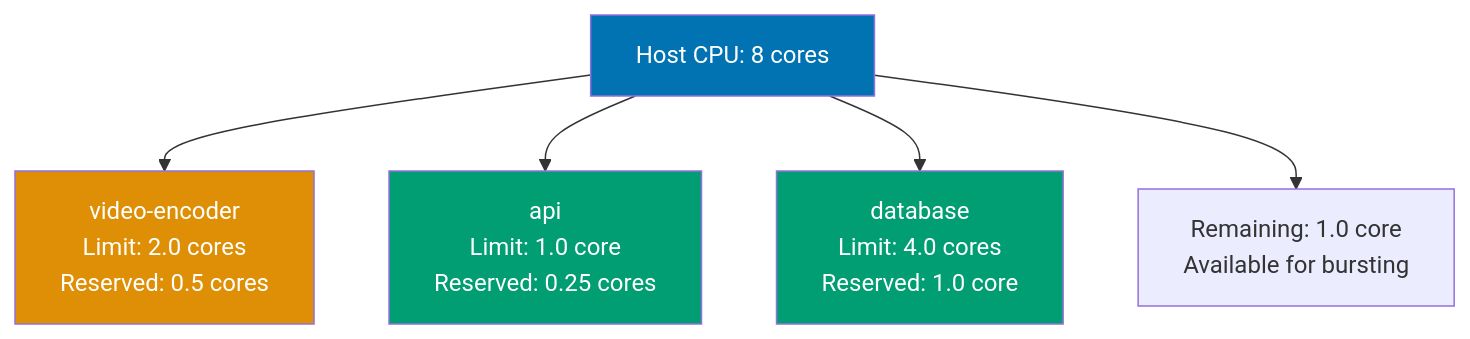
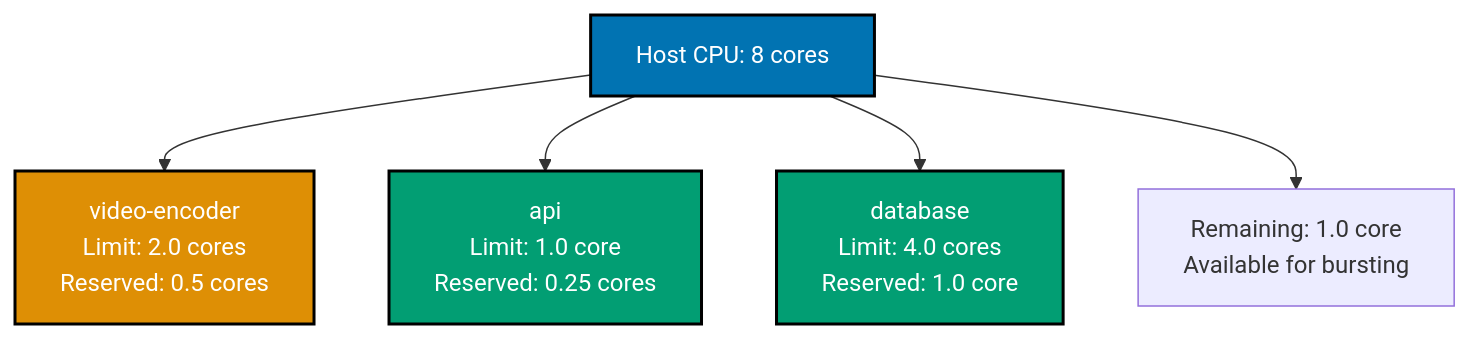
One commit to wahidyankf/open-sharia-enterprise changed the seventh of 11 diagrams in apps/ayokoding-web/content/en/learn/software-engineering/infrastructure/tools/docker/by-example/intermediate.md. Above: the diagram before and after it, drawn with Mermaid. The commit also changed other lines of this file and 25 other files, not shown here.

````diff
--- a/apps/ayokoding-web/content/en/learn/software-engineering/infrastructure/tools/docker/by-example/intermediate.md
+++ b/apps/ayokoding-web/content/en/learn/software-engineering/infrastructure/tools/docker/by-example/intermediate.md
@@ -1242,12 +1248,13 @@
 ```mermaid
+%% Color Palette: Blue #0173B2, Orange #DE8F05, Teal #029E73, Purple #CC78BC, Brown #CA9161
 graph TD
  A["Host CPU: 8 cores"] --> B["video-encoder<br/>Limit: 2.0 cores<br/>Reserved: 0.5 cores"]
  A --> C["api<br/>Limit: 1.0 core<br/>Reserved: 0.25 cores"]
  A --> D["database<br/>Limit: 4.0 cores<br/>Reserved: 1.0 core"]
  A --> E["Remaining: 1.0 core<br/>Available for bursting"]
 
- style A fill:#0173B2,color:#fff
- style B fill:#DE8F05,color:#fff
- style C fill:#029E73,color:#fff
- style D fill:#029E73,color:#fff
+ style A fill:#0173B2,stroke:#000000,stroke-width:2px,color:#fff
+ style B fill:#DE8F05,stroke:#000000,stroke-width:2px,color:#fff
+ style C fill:#029E73,stroke:#000000,stroke-width:2px,color:#fff
+ style D fill:#029E73,stroke:#000000,stroke-width:2px,color:#fff
 ```
````
